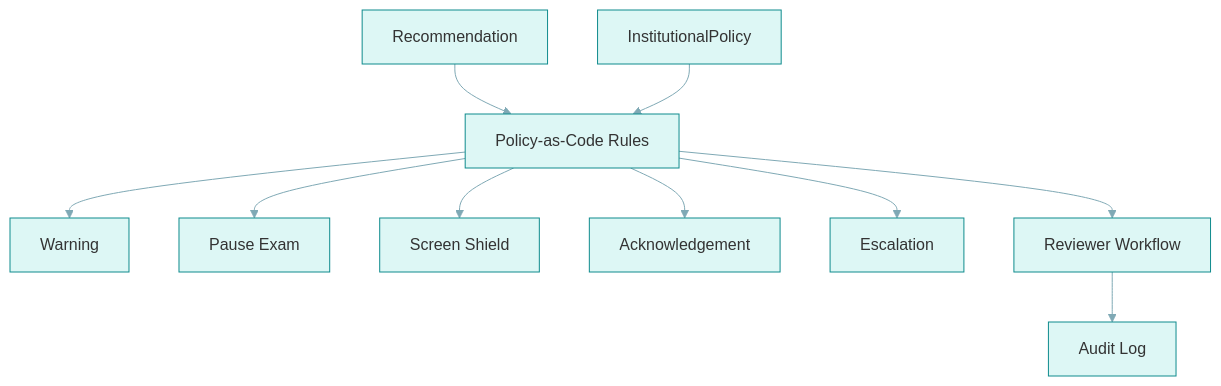
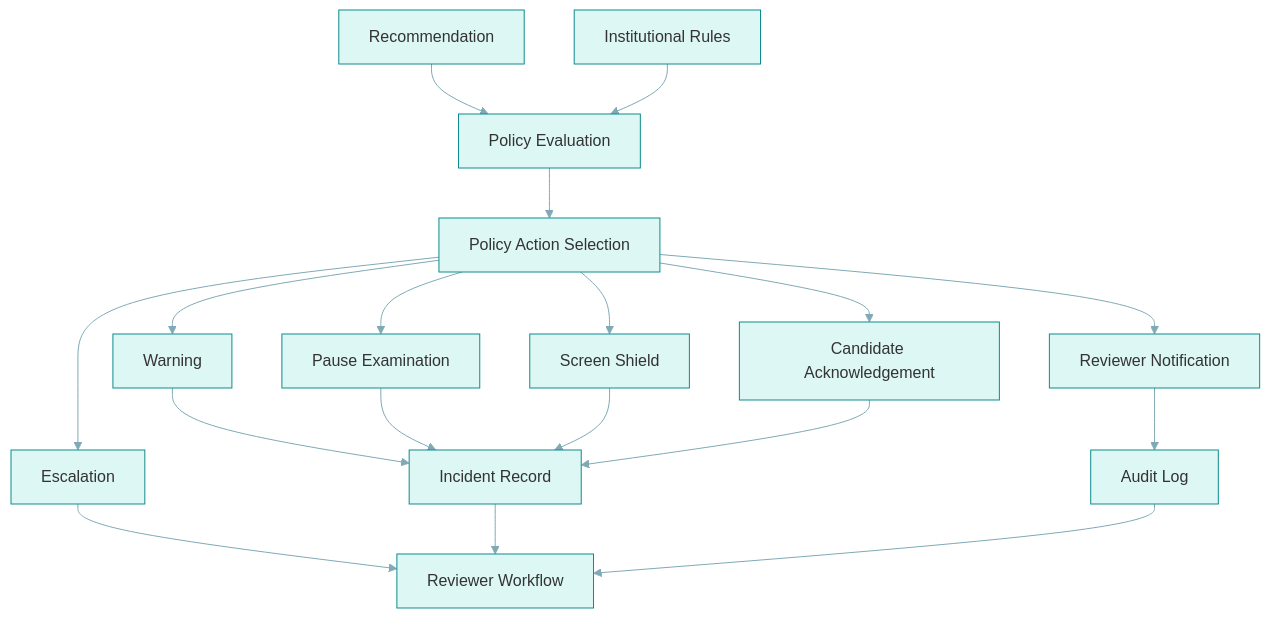
One commit to basil-emeokoro/SERPS changed the diagram in docs/dissertation/chapter3/source/Figure3_9_Institutional_Policy_and_Incident_Management_Engine.mmd. Above: the diagram before and after it, drawn with Mermaid. The commit also changed 141 other files, not shown here.

Commit message:
docs(ch3): remediate diagram visual quality

```diff
--- a/docs/dissertation/chapter3/source/Figure3_9_Institutional_Policy_and_Incident_Management_Engine.mmd
+++ b/docs/dissertation/chapter3/source/Figure3_9_Institutional_Policy_and_Incident_Management_Engine.mmd
@@ -1,11 +1,19 @@
 %%{init: {'theme': 'base', 'themeVariables': {'primaryColor': '#DDF7F5', 'primaryBorderColor': '#0F8B8D', 'lineColor': '#7FA9B5', 'fontFamily': 'Segoe UI, Arial'}}}%%
 flowchart TB
-  Recommendation --> Policy[Policy-as-Code Rules]
-  InstitutionalPolicy --> Policy
-  Policy --> Warning
-  Policy --> Pause[Pause Exam]
-  Policy --> Shield[Screen Shield]
-  Policy --> Ack[Acknowledgement]
-  Policy --> Escalation
-  Policy --> Reviewer[Reviewer Workflow]
-  Reviewer --> Audit[Audit Log]
+  Recommendation --> Evaluation[Policy Evaluation]
+  Rules[Institutional Rules] --> Evaluation
+  Evaluation --> Selection[Policy Action Selection]
+  Selection --> Warning
+  Selection --> Pause[Pause Examination]
+  Selection --> Shield[Screen Shield]
+  Selection --> Ack[Candidate Acknowledgement]
+  Selection --> Notify[Reviewer Notification]
+  Selection --> Escalation
+  Warning --> Incident[Incident Record]
+  Pause --> Incident
+  Shield --> Incident
+  Ack --> Incident
+  Notify --> Audit[Audit Log]
+  Escalation --> Reviewer[Reviewer Workflow]
+  Incident --> Reviewer
+  Audit --> Reviewer
```
